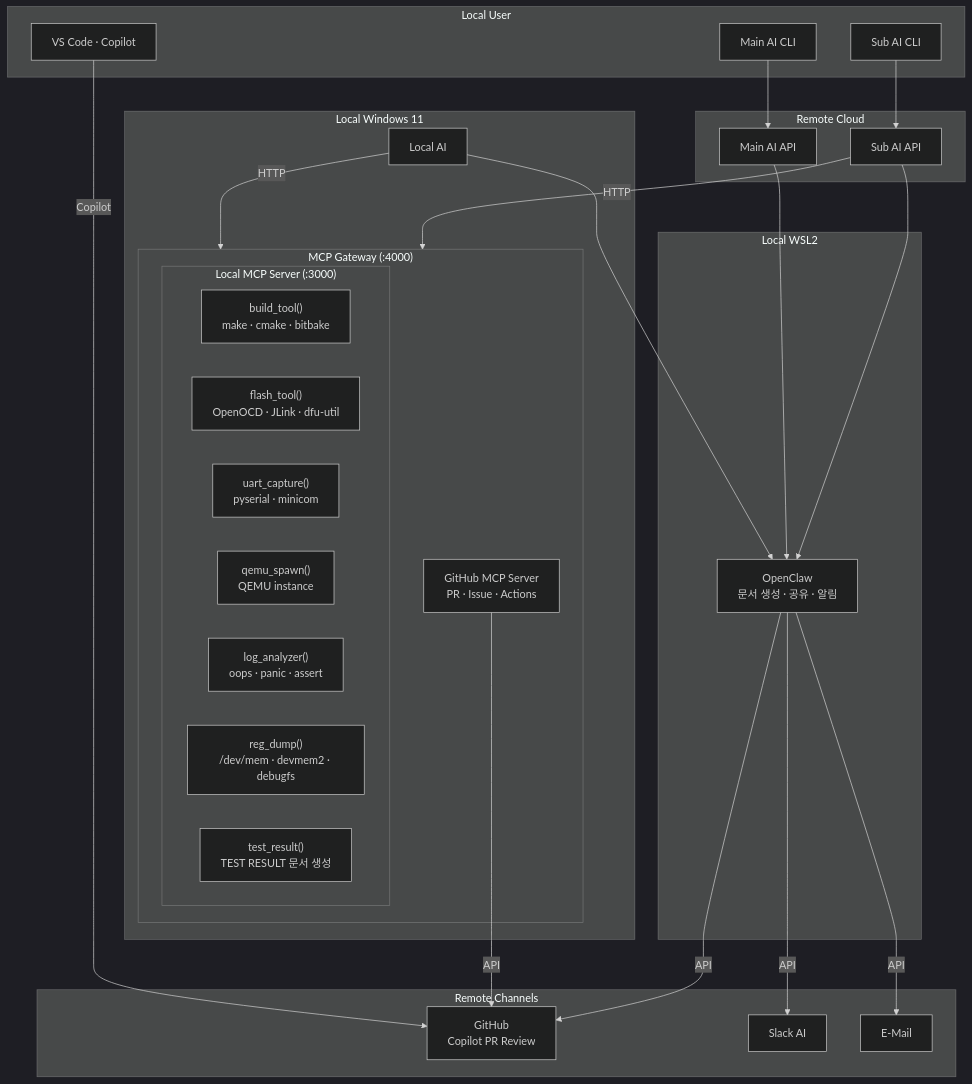
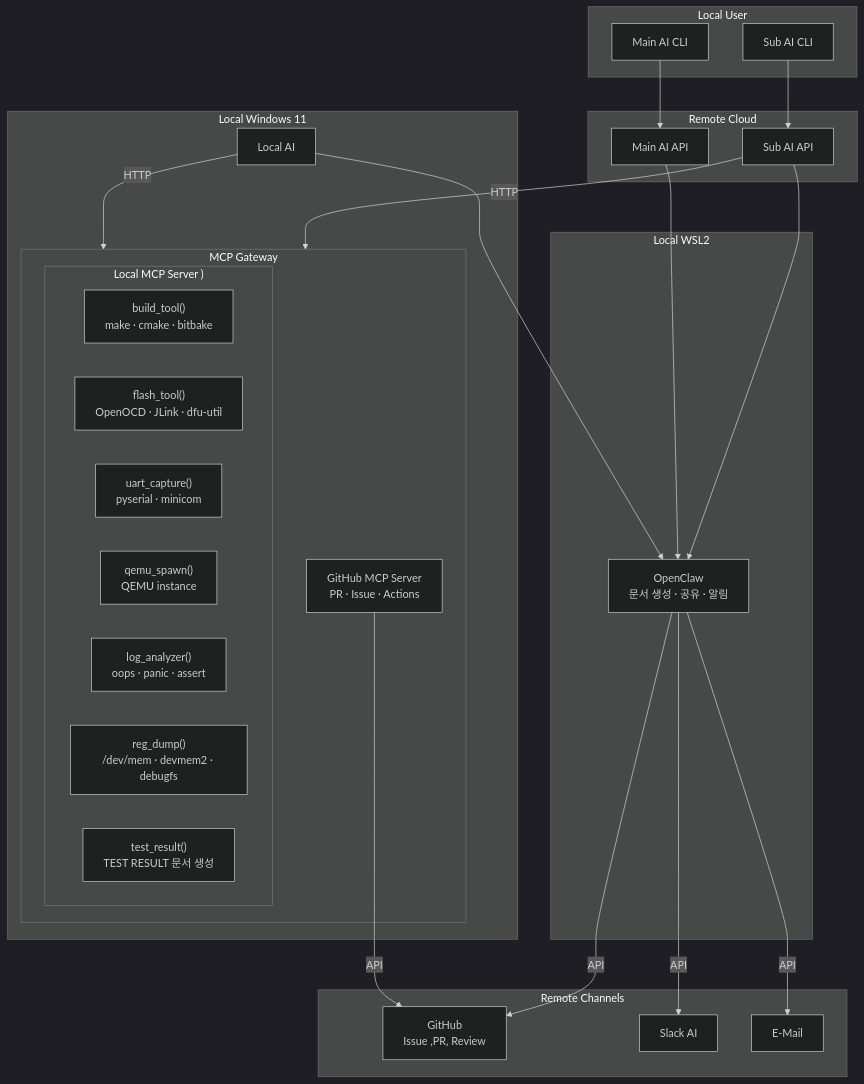
One commit to JeonghunLee/local-ai-agent-mcp changed the first of 2 diagrams in docs/architecture/system-design.md. Above: the diagram before and after it, drawn with Mermaid (dark theme). The commit also changed other lines of this file and 3 other files, not shown here.

````diff
--- a/docs/architecture/system-design.md
+++ b/docs/architecture/system-design.md
@@ -93,56 +93,54 @@
 ```mermaid
 graph TD
     subgraph UserCLI["Local User"]
         MainAICLI["Main AI CLI"]
         SubAICLI["Sub AI CLI"]
-        VSCode["VS Code · Copilot"]
     end
 
     subgraph Remote["Remote Cloud"]
         MainAI["Main AI API"]
         SubAI["Sub AI API"]
     end
 
     subgraph LocalWSL2["Local WSL2"]
         OpenClaw["OpenClaw\n문서 생성 · 공유 · 알림"]
     end
 
     subgraph LocalWindows["Local Windows 11"]
         LocalAI["Local AI"]
-        subgraph MCPGatewayA["MCP Gateway (:4000)"]
-            subgraph MCPTools["Local MCP Server (:3000)"]
+        subgraph MCPGatewayA["MCP Gateway "]
+            subgraph MCPTools["Local MCP Server )"]
                 Build["build_tool()\nmake · cmake · bitbake"]
                 Flash["flash_tool()\nOpenOCD · JLink · dfu-util"]
                 Uart["uart_capture()\npyserial · minicom"]
                 Qemu["qemu_spawn()\nQEMU instance"]
                 LogA["log_analyzer()\noops · panic · assert"]
                 Reg["reg_dump()\n/dev/mem · devmem2 · debugfs"]
                 TestR["test_result()\nTEST RESULT 문서 생성"]
             end
             GHMC["GitHub MCP Server\nPR · Issue · Actions"]
         end
     end
 
     subgraph Channels["Remote Channels"]
-        GitHub["GitHub\nCopilot PR Review"]
+        GitHub["GitHub\n Issue ,PR, Review"]
         Slack["Slack AI"]
         EMail["E-Mail"]              
     end
 
     MainAICLI --> MainAI
     SubAICLI --> SubAI
-    VSCode -->|Copilot| GitHub
 
     MainAI --> OpenClaw
     SubAI --> OpenClaw
     LocalAI --> OpenClaw
 
     LocalAI -->|HTTP| MCPGatewayA
     SubAI -->|HTTP| MCPGatewayA
 
     GHMC -->|API| GitHub
 
     OpenClaw -->|API| GitHub
     OpenClaw -->|API| Slack
     OpenClaw -->|API| EMail        
 ```
````
